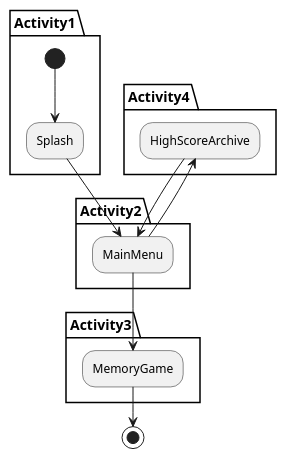
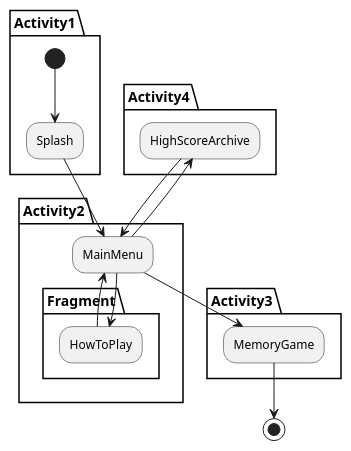
The diagram in app/UML/WorkFlow.puml (zok0001/MemoryMatch-master), drawn with PlantUML before and after one commit. The commit also changed 6 other files, not shown here.

Commit message:
Added a HowToPlay fragment that gives the user an introduction to the app.

```diff
--- a/app/UML/WorkFlow.puml
+++ b/app/UML/WorkFlow.puml
@@ -1,21 +1,25 @@
 @startuml
 partition Activity1 {
 (*)-->Splash
 }
 partition Activity2 {
 Splash --> MainMenu
+partition Fragment {
+MainMenu --> HowToPlay
+HowToPlay --> MainMenu
+}
 }
 partition Activity3 {
 MainMenu --> MemoryGame
 }
 -->(*)
 partition Activity4 {
 MainMenu --> HighScoreArchive
 HighScoreArchive --> MainMenu
 }
 
 
 
 
 
 @enduml
```
